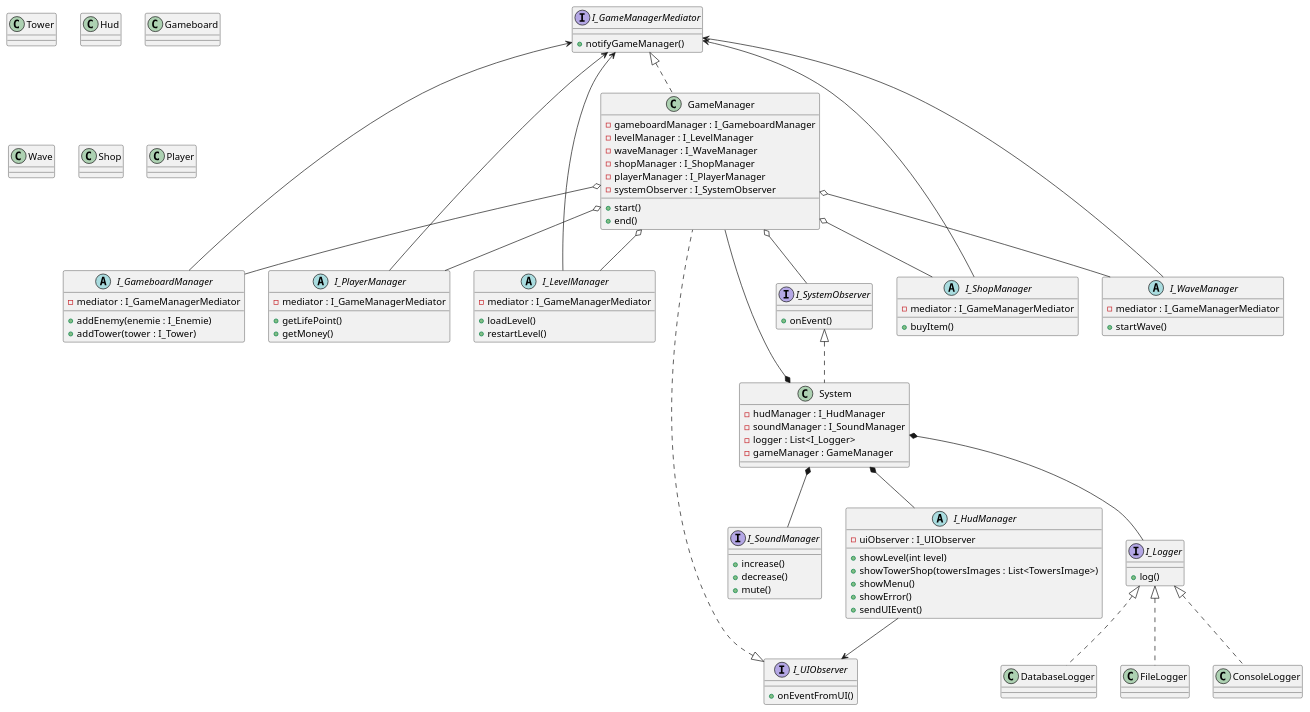
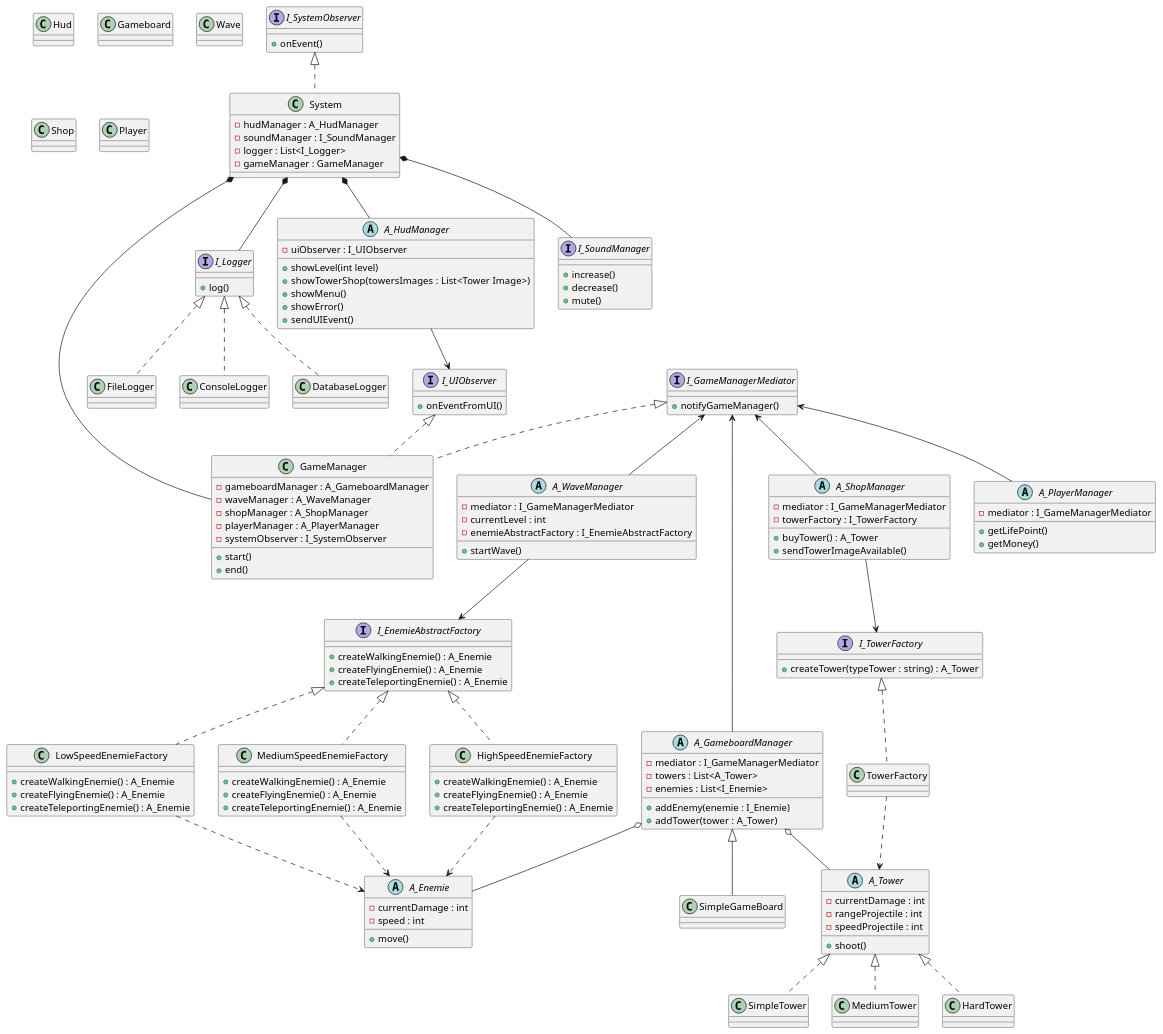
The diagram in uml.plantuml (bobylatruffe/tower_defense), drawn with PlantUML before and after one commit.

Commit message:
chore(uml): ajout de factory et abstract factory pour les towers et les enemies

```diff
--- a/uml.plantuml
+++ b/uml.plantuml
@@ -5,18 +5,17 @@
 /' skinparam linetype polyline '/
 
 class GameManager implements I_UIObserver, I_GameManagerMediator {
-    - gameboardManager : I_GameboardManager
-    - levelManager : I_LevelManager
-    - waveManager : I_WaveManager
-    - shopManager : I_ShopManager
-    - playerManager : I_PlayerManager
+    - gameboardManager : A_GameboardManager
+    - waveManager : A_WaveManager
+    - shopManager : A_ShopManager
+    - playerManager : A_PlayerManager
     - systemObserver : I_SystemObserver
     + start()
     + end()
 }
 
 class System implements I_SystemObserver {
-    - hudManager : I_HudManager
+    - hudManager : A_HudManager
     - soundManager : I_SoundManager
     - logger : List<I_Logger>
     - gameManager : GameManager
@@ -42,41 +41,83 @@
 '     nécessaires au fonctionnement du TowerDefense.
 ' end note
 
-abstract class I_GameboardManager  {
+abstract class A_GameboardManager  {
     - mediator : I_GameManagerMediator
+    - towers : List<A_Tower>
+    - enemies : List<I_Enemie>
     + addEnemy(enemie : I_Enemie)
-    + addTower(tower : I_Tower)
+    + addTower(tower : A_Tower)
 }
 
-abstract class I_LevelManager  {
+abstract class A_WaveManager  {
     - mediator : I_GameManagerMediator
-    + loadLevel()
-    + restartLevel()
-}
-
-abstract class I_WaveManager  {
-    - mediator : I_GameManagerMediator
+    - currentLevel : int
+    - enemieAbstractFactory : I_EnemieAbstractFactory
     + startWave()
 }
 
-abstract class I_ShopManager   {
-    - mediator : I_GameManagerMediator
-    + buyItem()
+interface I_EnemieAbstractFactory {
+    + createWalkingEnemie() : A_Enemie
+    + createFlyingEnemie() : A_Enemie
+    + createTeleportingEnemie() : A_Enemie
 }
 
-abstract class I_PlayerManager  {
+A_WaveManager --> I_EnemieAbstractFactory
+
+class LowSpeedEnemieFactory implements I_EnemieAbstractFactory {
+    + createWalkingEnemie() : A_Enemie
+    + createFlyingEnemie() : A_Enemie
+    + createTeleportingEnemie() : A_Enemie
+}
+
+LowSpeedEnemieFactory ..> A_Enemie
+
+class MediumSpeedEnemieFactory implements I_EnemieAbstractFactory {
+    + createWalkingEnemie() : A_Enemie
+    + createFlyingEnemie() : A_Enemie
+    + createTeleportingEnemie() : A_Enemie
+}
+
+MediumSpeedEnemieFactory ..> A_Enemie
+
+class HighSpeedEnemieFactory implements I_EnemieAbstractFactory {
+    + createWalkingEnemie() : A_Enemie
+    + createFlyingEnemie() : A_Enemie
+    + createTeleportingEnemie() : A_Enemie
+}
+
+HighSpeedEnemieFactory ..> A_Enemie
+
+abstract class A_ShopManager {
+    - mediator : I_GameManagerMediator
+    - towerFactory : I_TowerFactory
+    + buyTower() : A_Tower
+    + sendTowerImageAvailable()
+}
+
+abstract class A_PlayerManager  {
     - mediator : I_GameManagerMediator
     + getLifePoint()
     + getMoney()
 }
 
-abstract class I_HudManager {
+class TowerFactory implements I_TowerFactory {
+
+}
+
+A_ShopManager --> I_TowerFactory
+
+abstract class A_HudManager {
     - uiObserver : I_UIObserver
     + showLevel(int level)
-    + showTowerShop(towersImages : List<TowersImage>)
+    + showTowerShop(towersImages : List<Tower  Image>)
     + showMenu()
     + showError()
     + sendUIEvent()
+}
+
+interface I_TowerFactory {
+    + createTower(typeTower : string) : A_Tower
 }
 
 interface I_SoundManager {
@@ -97,31 +138,59 @@
     + notifyGameManager()
 }
 
-GameManager o-- I_GameboardManager
-GameManager o-- I_LevelManager
-GameManager o-- I_WaveManager
-GameManager o-- I_ShopManager
-GameManager o-- I_PlayerManager
-GameManager o-- I_SystemObserver
+/' GameManager o-- A_GameboardManager
+GameManager o-- A_WaveManager
+GameManager o-- A_ShopManager
+GameManager o-- A_PlayerManager
+GameManager o-- I_SystemObserver '/
 
-System *-- I_HudManager
+System *-- A_HudManager
 System *-- I_SoundManager
 System *-- I_Logger
 System *-- GameManager
 
-I_HudManager --> I_UIObserver
+A_HudManager --> I_UIObserver
+
+I_GameManagerMediator <-- A_GameboardManager
+I_GameManagerMediator <-- A_PlayerManager
+I_GameManagerMediator <-- A_WaveManager
+I_GameManagerMediator <-- A_ShopManager
+
+A_GameboardManager o-- A_Tower
+A_GameboardManager o-- A_Enemie
+
+TowerFactory ..> A_Tower
+
+abstract class A_Tower {
+    - currentDamage : int
+    - rangeProjectile : int
+    - speedProjectile : int
+    + shoot()
+}
+
+class SimpleTower implements A_Tower {
+    
+}
+
+class MediumTower implements A_Tower {
+    
+}
+
+class HardTower implements A_Tower {
+    
+}
+
+abstract class A_Enemie {
+    - currentDamage : int
+    - speed : int
+    + move()
+}
+
+class SimpleGameBoard extends A_GameboardManager {
+
+}
 
 
-I_GameManagerMediator <-- I_GameboardManager
-I_GameManagerMediator <-- I_LevelManager
-I_GameManagerMediator <-- I_PlayerManager
-I_GameManagerMediator <-- I_WaveManager
-I_GameManagerMediator <-- I_ShopManager
-
-
-class Tower {
-
-}
 
 class Hud {
 
```
